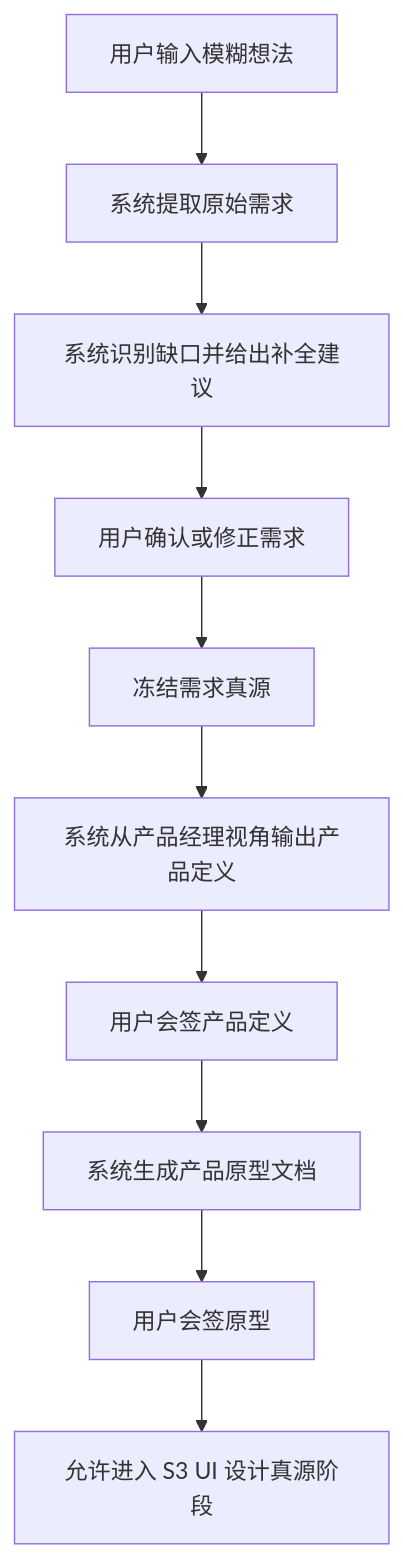
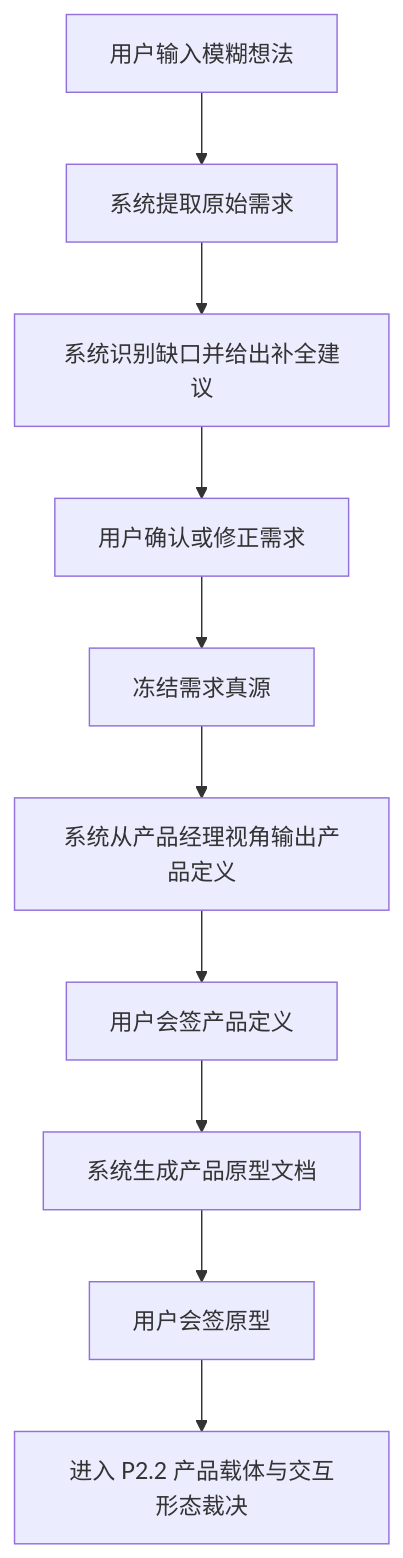
The first of 3 diagrams in docs/design-docs/p2-product-prototype.md (linggougou/NextStep), drawn with Mermaid before and after one commit. The commit also changed other lines of this file and 87 other files, not shown here.

````diff
--- a/docs/design-docs/p2-product-prototype.md
+++ b/docs/design-docs/p2-product-prototype.md
@@ -112,12 +115,12 @@
 ```mermaid
 flowchart TD
   A["用户输入模糊想法"] --> B["系统提取原始需求"]
   B --> C["系统识别缺口并给出补全建议"]
   C --> D["用户确认或修正需求"]
   D --> E["冻结需求真源"]
   E --> F["系统从产品经理视角输出产品定义"]
   F --> G["用户会签产品定义"]
   G --> H["系统生成产品原型文档"]
   H --> I["用户会签原型"]
-  I --> J["允许进入 S3 UI 设计真源阶段"]
+  I --> J["进入 P2.2 产品载体与交互形态裁决"]
 ```
````
